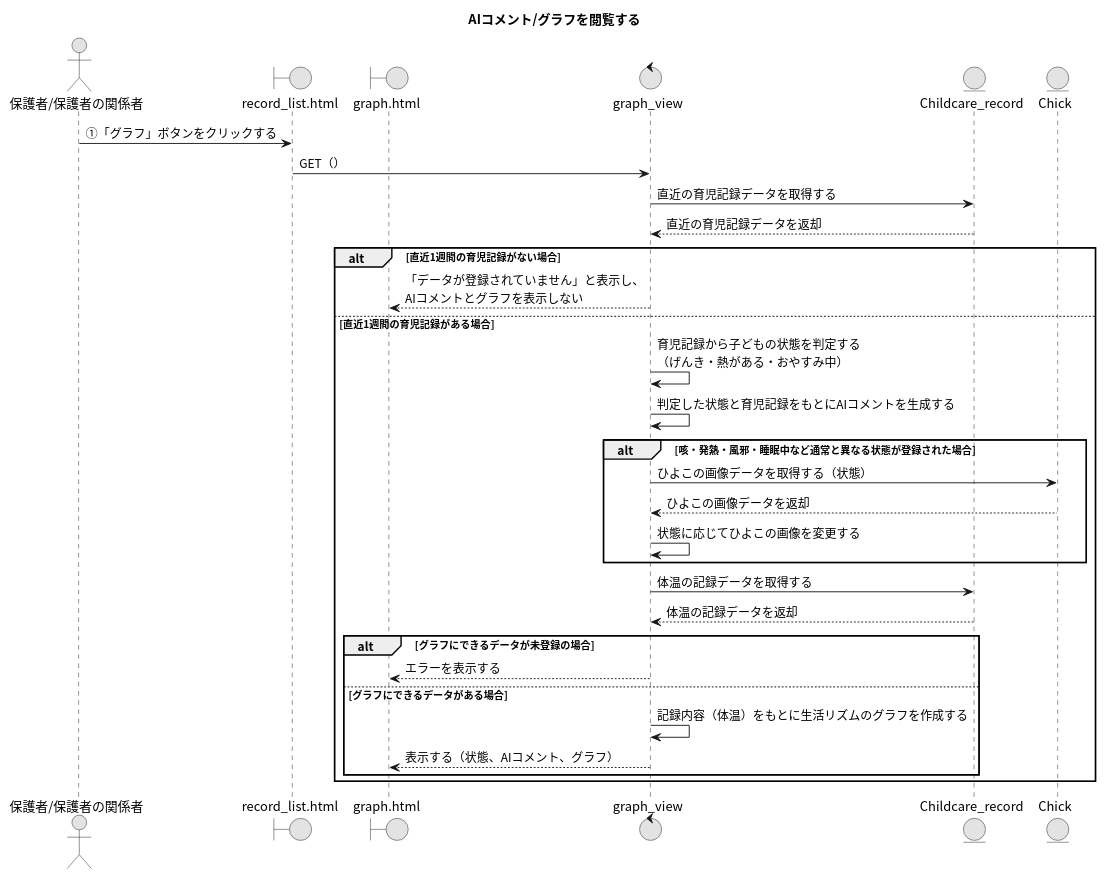
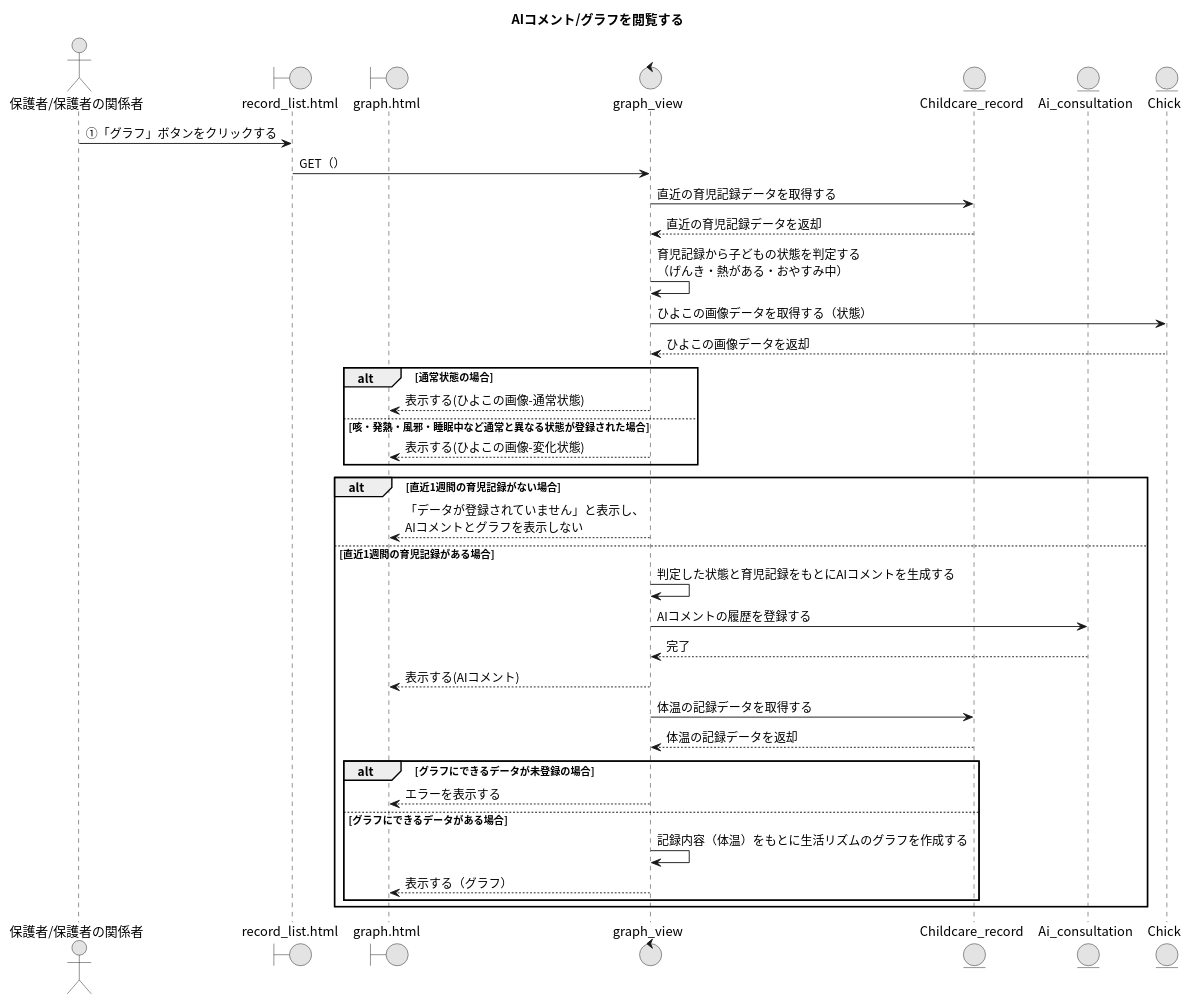
One commit to Ma2naga190330/26_sotugyou_puml changed the diagram in 07_AIコメント・グラフを閲覧する.puml. Above: the diagram before and after it, drawn with PlantUML.

Commit message:
fix : AIコメント

```diff
--- a/07_AIコメント・グラフを閲覧する.puml
+++ b/07_AIコメント・グラフを閲覧する.puml
@@ -1,37 +1,44 @@
 @startuml
 title AIコメント/グラフを閲覧する
 skinparam defaultFontName "Noto Sans CJK JP"
 skinparam monochrome true
 
 actor "保護者/保護者の関係者" as A
 boundary "record_list.html" as RLP
 boundary "graph.html" as GP
 control "graph_view" as GV
 entity "Childcare_record" as CRM
+entity "Ai_consultation" as ACM
 entity "Chick" as CHM
-
 A -> RLP : ①「グラフ」ボタンをクリックする
 RLP -> GV : GET（）
 GV -> CRM : 直近の育児記録データを取得する
 GV <-- CRM : 直近の育児記録データを返却
+GV -> GV : 育児記録から子どもの状態を判定する\n（げんき・熱がある・おやすみ中）
+GV -> CHM : ひよこの画像データを取得する（状態）
+GV <-- CHM : ひよこの画像データを返却
 
+  alt 通常状態の場合
+    GV --> GP : 表示する(ひよこの画像-通常状態)
+  else 咳・発熱・風邪・睡眠中など通常と異なる状態が登録された場合
+    GP <-- GV : 表示する(ひよこの画像-変化状態)
+  end
 alt 直近1週間の育児記録がない場合
   GV --> GP : 「データが登録されていません」と表示し、\nAIコメントとグラフを表示しない
 else 直近1週間の育児記録がある場合
-  GV -> GV : 育児記録から子どもの状態を判定する\n（げんき・熱がある・おやすみ中）
+  
   GV -> GV : 判定した状態と育児記録をもとにAIコメントを生成する
-  alt 咳・発熱・風邪・睡眠中など通常と異なる状態が登録された場合
-    GV -> CHM : ひよこの画像データを取得する（状態）
-    GV <-- CHM : ひよこの画像データを返却
-    GV -> GV : 状態に応じてひよこの画像を変更する
-  end
+  GV -> ACM : AIコメントの履歴を登録する
+  GV <-- ACM : 完了
+  GP <-- GV : 表示する(AIコメント)
+
   GV -> CRM : 体温の記録データを取得する
   GV <-- CRM : 体温の記録データを返却
   alt グラフにできるデータが未登録の場合
     GV --> GP : エラーを表示する
   else グラフにできるデータがある場合
     GV -> GV : 記録内容（体温）をもとに生活リズムのグラフを作成する
-    GV --> GP : 表示する（状態、AIコメント、グラフ）
+    GV --> GP : 表示する（グラフ）
   end
 end
 @enduml
```
